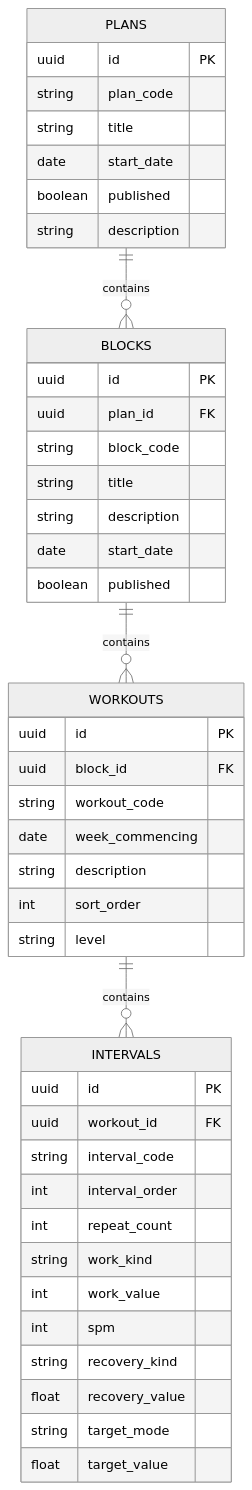
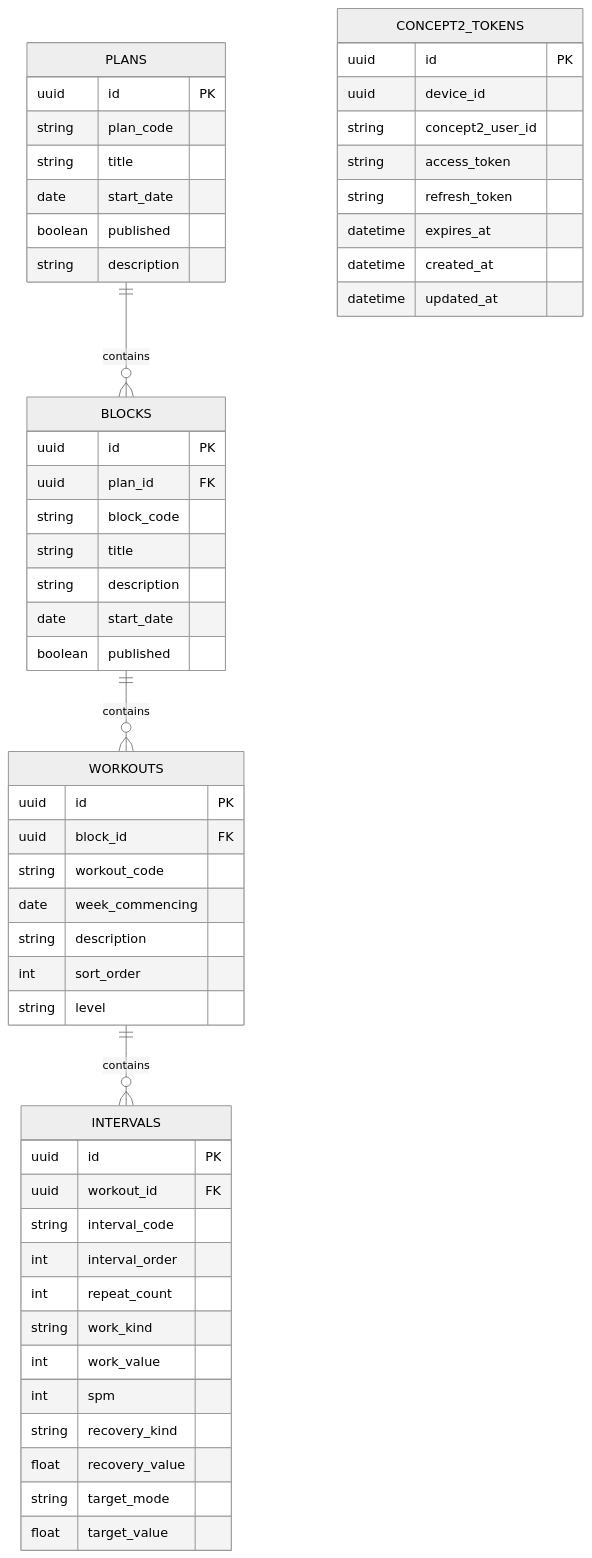
The diagram in docs/database-schema.md (dxdavidson/nbrctraining), drawn with Mermaid (neutral theme) before and after one commit. The commit also changed other lines of this file and 6 other files, not shown here.

````diff
--- a/docs/database-schema.md
+++ b/docs/database-schema.md
@@ -1,46 +1,56 @@
 ```mermaid
 erDiagram
 	PLANS {
         uuid id PK
 		string plan_code
 		string title
 		date start_date
 		boolean published
 		string description
 	}
 	BLOCKS {
 		uuid id PK
         uuid plan_id FK
 		string block_code 
 		string title
 		string description
 		date start_date
 		boolean published
 	}
 	WORKOUTS {
         uuid id PK
         uuid block_id FK		
 		string workout_code
 		date week_commencing
 		string description
 		int sort_order
 		string level
 	}
 	INTERVALS {
         uuid id PK
         uuid workout_id FK		
 		string interval_code
 		int interval_order
 		int repeat_count
 		string work_kind
 		int work_value
 		int spm
 		string recovery_kind
 		float recovery_value
 		string target_mode
 		float target_value
 	}
+	CONCEPT2_TOKENS {
+        uuid id PK
+        uuid device_id
+        string concept2_user_id
+        string access_token
+        string refresh_token
+        datetime expires_at
+        datetime created_at
+        datetime updated_at
+	}
 	PLANS ||--o{ BLOCKS : contains
 	BLOCKS ||--o{ WORKOUTS : contains
 	WORKOUTS ||--o{ INTERVALS : contains
 ```
````
